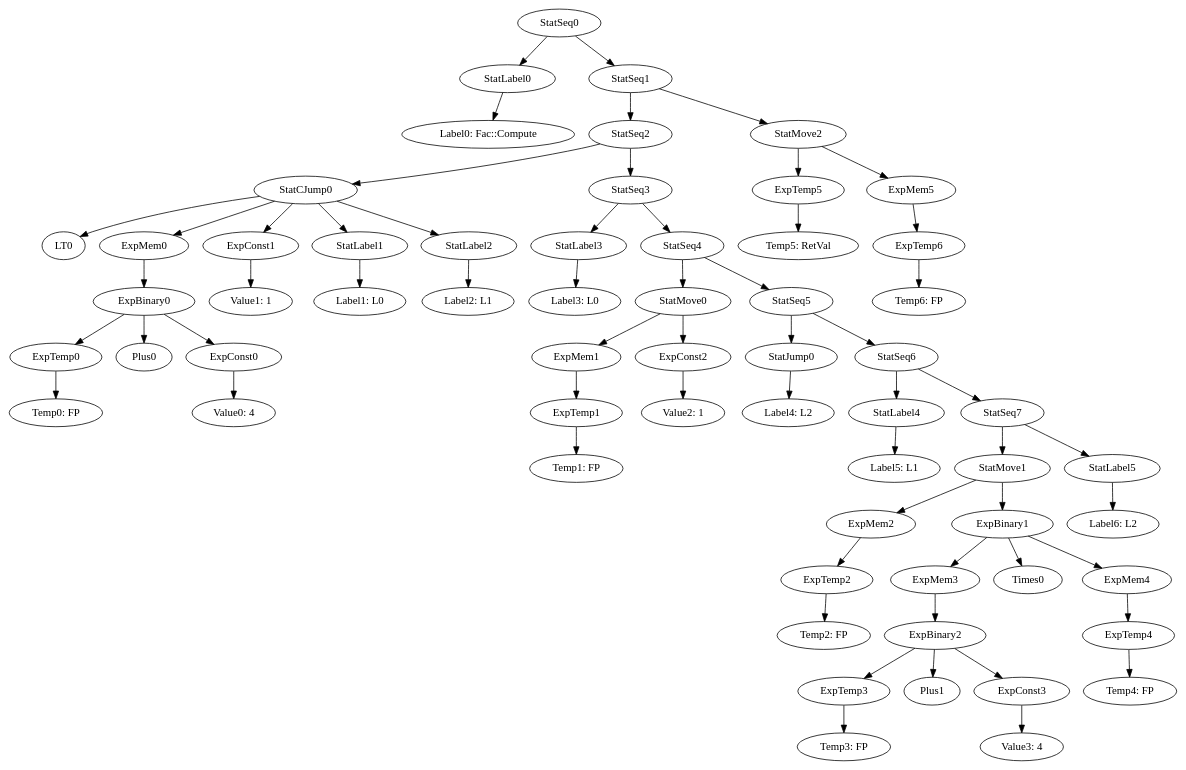
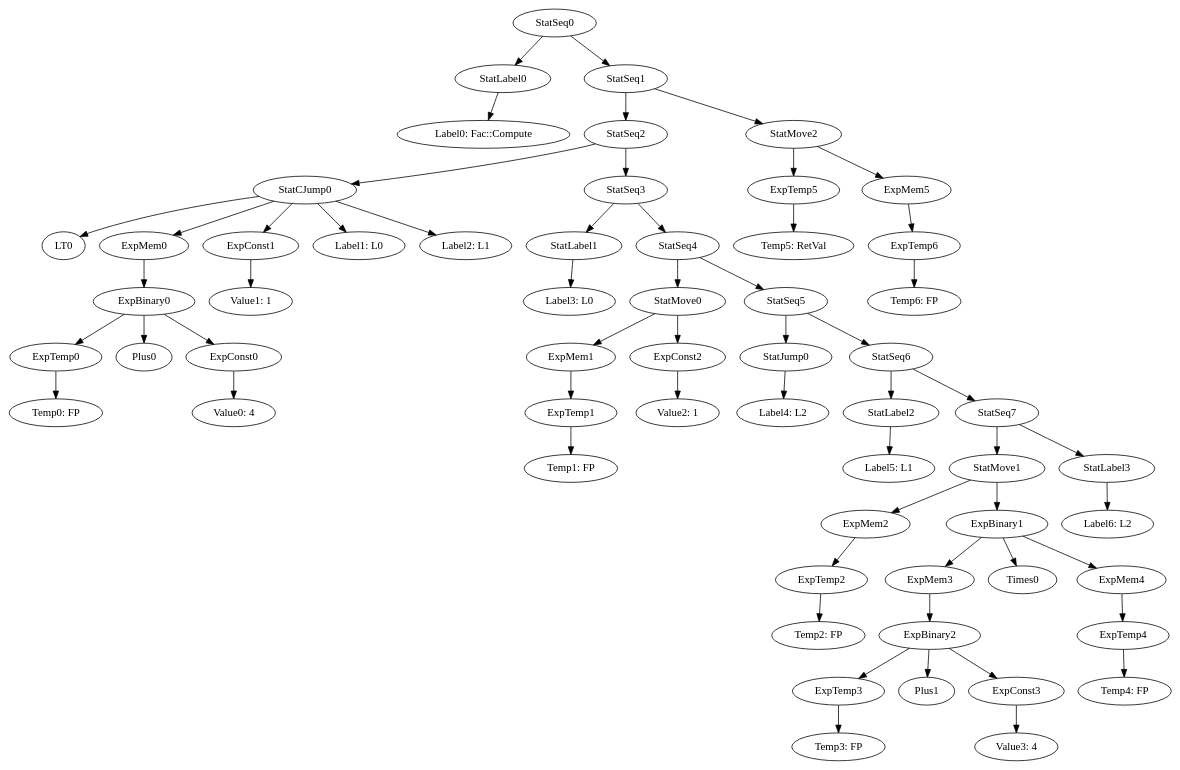
One commit to team-compilers/compilers changed the diagram in MiniJava/results/SamplesCorrect/Simple/irt_Fac::Compute.gv. Above: the diagram before and after it, drawn with Graphviz. The commit also changed 80 other files, not shown here.

```diff
--- a/MiniJava/results/SamplesCorrect/Simple/irt_Fac::Compute.gv
+++ b/MiniJava/results/SamplesCorrect/Simple/irt_Fac::Compute.gv
@@ -1,63 +1,61 @@
 digraph {
 	ordering = out;
 	ExpTemp6 -> "Temp6: FP";
 	StatMove2 -> ExpTemp5;
 	StatMove2 -> ExpMem5;
+	StatLabel3 -> "Label6: L2";
 	ExpTemp4 -> "Temp4: FP";
 	ExpBinary1 -> ExpMem3;
 	ExpBinary1 -> Times0;
 	ExpBinary1 -> ExpMem4;
 	ExpMem3 -> ExpBinary2;
 	ExpConst3 -> "Value3: 4";
-	StatLabel5 -> "Label6: L2";
 	ExpBinary2 -> ExpTemp3;
 	ExpBinary2 -> Plus1;
 	ExpBinary2 -> ExpConst3;
-	ExpTemp2 -> "Temp2: FP";
 	StatSeq1 -> StatSeq2;
 	StatSeq1 -> StatMove2;
 	ExpConst1 -> "Value1: 1";
+	StatSeq2 -> StatCJump0;
+	StatSeq2 -> StatSeq3;
 	ExpMem0 -> ExpBinary0;
 	ExpMem4 -> ExpTemp4;
 	ExpBinary0 -> ExpTemp0;
 	ExpBinary0 -> Plus0;
 	ExpBinary0 -> ExpConst0;
 	ExpMem1 -> ExpTemp1;
 	StatSeq7 -> StatMove1;
-	StatSeq7 -> StatLabel5;
+	StatSeq7 -> StatLabel3;
 	StatLabel0 -> "Label0: Fac::Compute";
-	ExpConst0 -> "Value0: 4";
-	StatLabel2 -> "Label2: L1";
-	StatSeq2 -> StatCJump0;
-	StatSeq2 -> StatSeq3;
-	StatLabel3 -> "Label3: L0";
+	ExpTemp0 -> "Temp0: FP";
+	StatSeq3 -> StatLabel1;
+	StatSeq3 -> StatSeq4;
+	StatMove0 -> ExpMem1;
+	StatMove0 -> ExpConst2;
+	ExpTemp3 -> "Temp3: FP";
+	StatSeq6 -> StatLabel2;
+	StatSeq6 -> StatSeq7;
 	ExpTemp5 -> "Temp5: RetVal";
 	StatSeq0 -> StatLabel0;
 	StatSeq0 -> StatSeq1;
 	ExpTemp1 -> "Temp1: FP";
-	StatSeq3 -> StatLabel3;
-	StatSeq3 -> StatSeq4;
-	StatMove0 -> ExpMem1;
-	StatMove0 -> ExpConst2;
+	ExpConst2 -> "Value2: 1";
+	StatLabel1 -> "Label3: L0";
 	ExpMem2 -> ExpTemp2;
-	StatLabel1 -> "Label1: L0";
-	StatJump0 -> "Label4: L2";
 	StatSeq4 -> StatMove0;
 	StatSeq4 -> StatSeq5;
-	ExpTemp3 -> "Temp3: FP";
-	StatSeq6 -> StatLabel4;
-	StatSeq6 -> StatSeq7;
-	ExpConst2 -> "Value2: 1";
+	StatJump0 -> "Label4: L2";
+	ExpConst0 -> "Value0: 4";
+	StatLabel2 -> "Label5: L1";
 	ExpMem5 -> ExpTemp6;
 	StatMove1 -> ExpMem2;
 	StatMove1 -> ExpBinary1;
 	StatCJump0 -> LT0;
 	StatCJump0 -> ExpMem0;
 	StatCJump0 -> ExpConst1;
-	StatCJump0 -> StatLabel1;
-	StatCJump0 -> StatLabel2;
+	StatCJump0 -> "Label1: L0";
+	StatCJump0 -> "Label2: L1";
 	StatSeq5 -> StatJump0;
 	StatSeq5 -> StatSeq6;
-	ExpTemp0 -> "Temp0: FP";
-	StatLabel4 -> "Label5: L1";
+	ExpTemp2 -> "Temp2: FP";
 }
```
